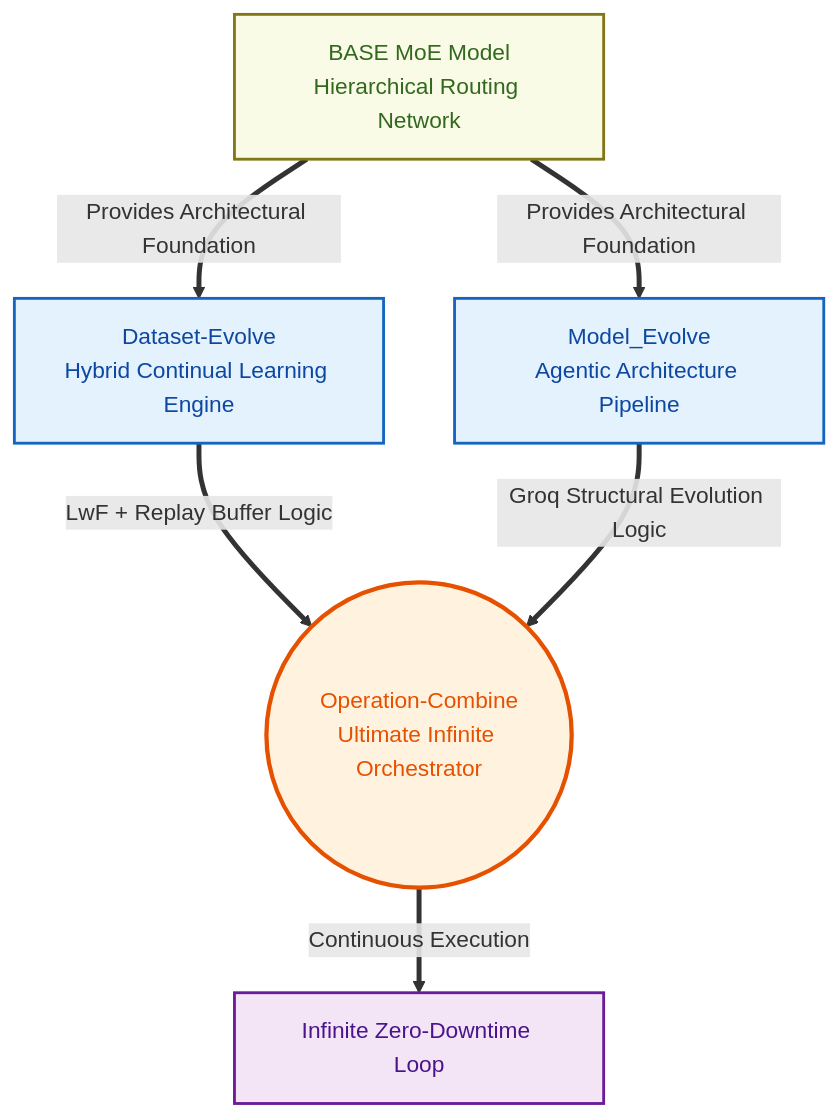
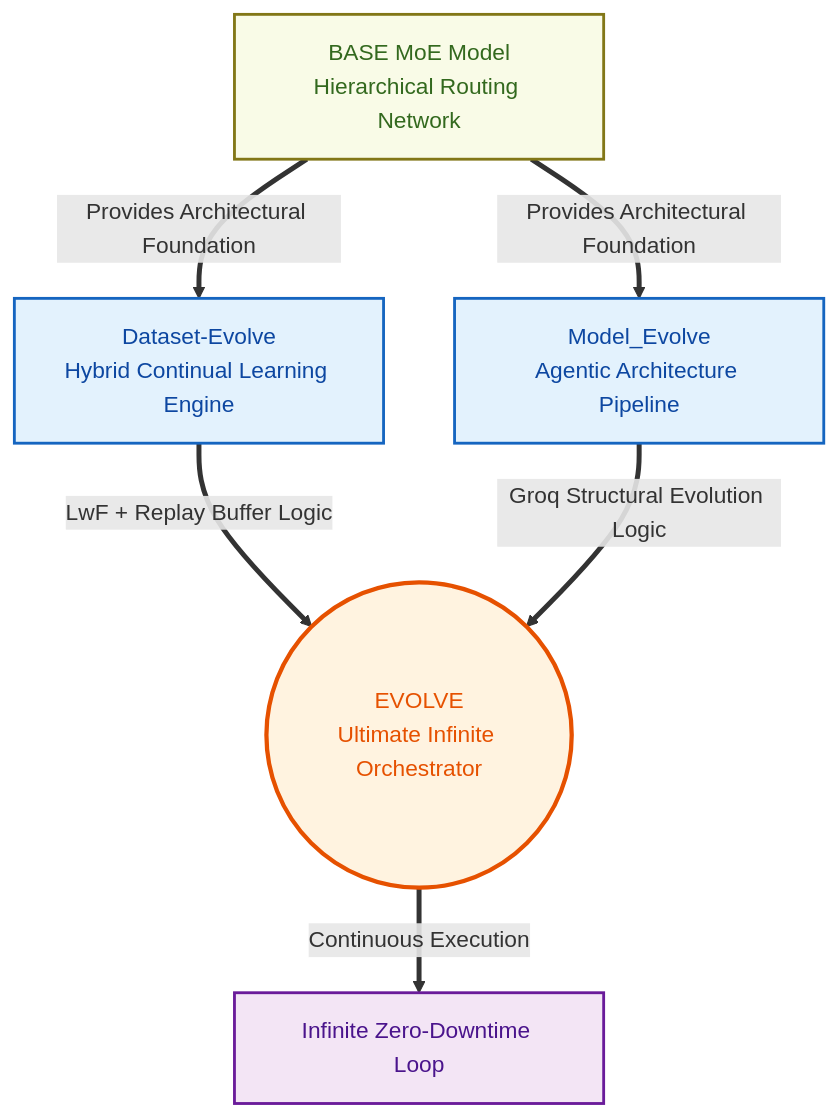
Before and after one commit to MaheshChalla2701/Operation-Evolve: the diagram in README.md, drawn with Mermaid. The commit also changed other lines of this file and 18 other files, not shown here.

````diff
--- a/README.md
+++ b/README.md
@@ -9,22 +9,22 @@
 ```mermaid
 graph TD
     classDef base fill:#f9fbe7,stroke:#827717,stroke-width:2px,color:#33691e;
     classDef module fill:#e3f2fd,stroke:#1565c0,stroke-width:2px,color:#0d47a1;
     classDef combine fill:#fff3e0,stroke:#e65100,stroke-width:3px,color:#e65100;
     classDef final fill:#f3e5f5,stroke:#6a1b9a,stroke-width:2px,color:#4a148c;
 
     BM[BASE MoE Model\nHierarchical Routing Network]:::base
     
     DE[Dataset-Evolve\nHybrid Continual Learning Engine]:::module
     ME[Model_Evolve\nAgentic Architecture Pipeline]:::module
     
     BM ==> |Provides Architectural Foundation| DE
     BM ==> |Provides Architectural Foundation| ME
     
     DE ==> |LwF + Replay Buffer Logic| OC
     ME ==> |Groq Structural Evolution Logic| OC
     
-    OC((Operation-Combine\nUltimate Infinite Orchestrator)):::combine
+    OC((EVOLVE\nUltimate Infinite Orchestrator)):::combine
     
     OC ==> |Continuous Execution| INFINITE[Infinite Zero-Downtime Loop]:::final
 ```
````
